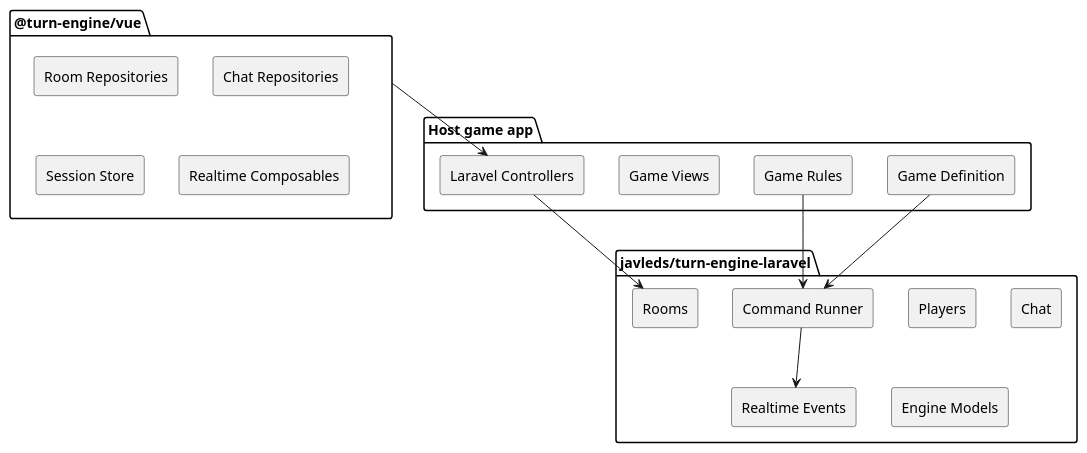
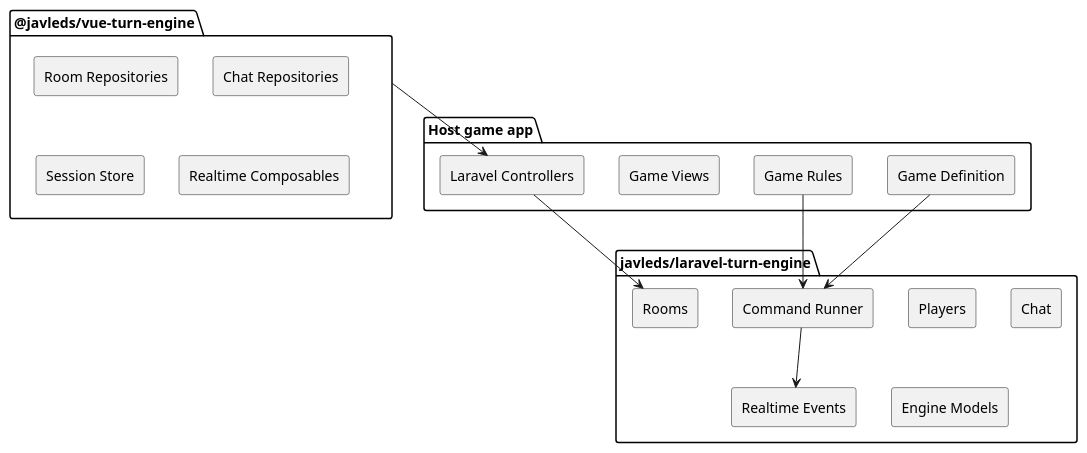
The diagram in README.md (javleds/laravel-game-engine), drawn with PlantUML before and after one commit. The commit also changed other lines of this file and 2 other files, not shown here.

Commit message:
build: rename composer package

````diff
--- a/README.md
+++ b/README.md
@@ -20,34 +20,34 @@
 ```plantuml
 @startuml
 skinparam componentStyle rectangle
 
 package "Host game app" {
   [Game Definition]
   [Game Rules]
   [Game Views]
   [Laravel Controllers]
 }
 
-package "javleds/turn-engine-laravel" {
+package "javleds/laravel-turn-engine" {
   [Rooms]
   [Players]
   [Chat]
   [Command Runner]
   [Realtime Events]
   [Engine Models]
 }
 
-package "@turn-engine/vue" {
+package "@javleds/vue-turn-engine" {
   [Room Repositories]
   [Chat Repositories]
   [Session Store]
   [Realtime Composables]
 }
 
 [Laravel Controllers] --> [Rooms]
 [Game Definition] --> [Command Runner]
 [Game Rules] --> [Command Runner]
 [Command Runner] --> [Realtime Events]
-[@turn-engine/vue] --> [Laravel Controllers]
+[@javleds/vue-turn-engine] --> [Laravel Controllers]
 @enduml
 ```
````
